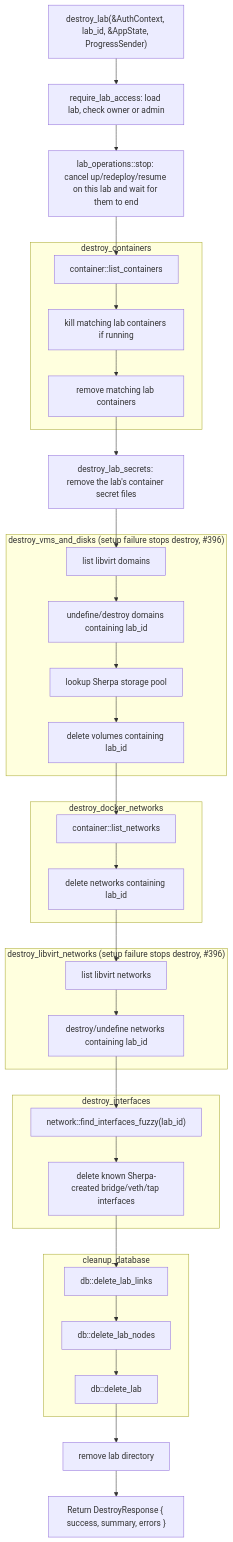
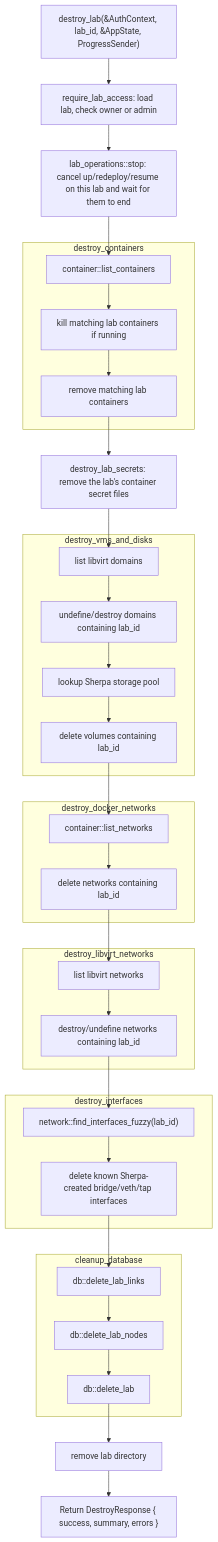
Before and after one commit to bwks/sherpa: diagram 15 of 26 in docs/architecture/SERVER.md, drawn with Mermaid. The commit also changed other lines of this file and 5 other files, not shown here.

First line of the commit message:
fix(server): keep destroying a lab when libvirt setup fails

````diff
--- a/docs/architecture/SERVER.md
+++ b/docs/architecture/SERVER.md
@@ -556,32 +557,32 @@
 ```mermaid
 flowchart TB
     destroylab["destroy_lab(&AuthContext, lab_id, &AppState, ProgressSender)"] --> access["require_lab_access: load lab, check owner or admin"]
     access --> stopops["lab_operations::stop: cancel up/redeploy/resume on this lab and wait for them to end"]
     stopops --> listcontainers
     subgraph containers["destroy_containers"]
         listcontainers["container::list_containers"] --> kill["kill matching lab containers if running"] --> removecontainers["remove matching lab containers"]
     end
     removecontainers --> secrets["destroy_lab_secrets: remove the lab's container secret files"]
     secrets --> listdomains
-    subgraph vms["destroy_vms_and_disks (setup failure stops destroy, #396)"]
+    subgraph vms["destroy_vms_and_disks"]
         listdomains["list libvirt domains"] --> undefine["undefine/destroy domains containing lab_id"] --> pool["lookup Sherpa storage pool"] --> volumes["delete volumes containing lab_id"]
     end
     volumes --> listnetworks
     subgraph dockernets["destroy_docker_networks"]
         listnetworks["container::list_networks"] --> deletenetworks["delete networks containing lab_id"]
     end
     deletenetworks --> listlibvirtnets
-    subgraph libvirtnets["destroy_libvirt_networks (setup failure stops destroy, #396)"]
+    subgraph libvirtnets["destroy_libvirt_networks"]
         listlibvirtnets["list libvirt networks"] --> undefinenets["destroy/undefine networks containing lab_id"]
     end
     undefinenets --> findifaces
     subgraph interfaces["destroy_interfaces"]
         findifaces["network::find_interfaces_fuzzy(lab_id)"] --> deleteifaces["delete known Sherpa-created bridge/veth/tap interfaces"]
     end
     deleteifaces --> deletelinks
     subgraph database["cleanup_database"]
         deletelinks["db::delete_lab_links"] --> deletenodes["db::delete_lab_nodes"] --> deletelab["db::delete_lab"]
     end
     deletelab --> removedir["remove lab directory"]
     removedir --> response["Return DestroyResponse { success, summary, errors }"]
 ```
````
